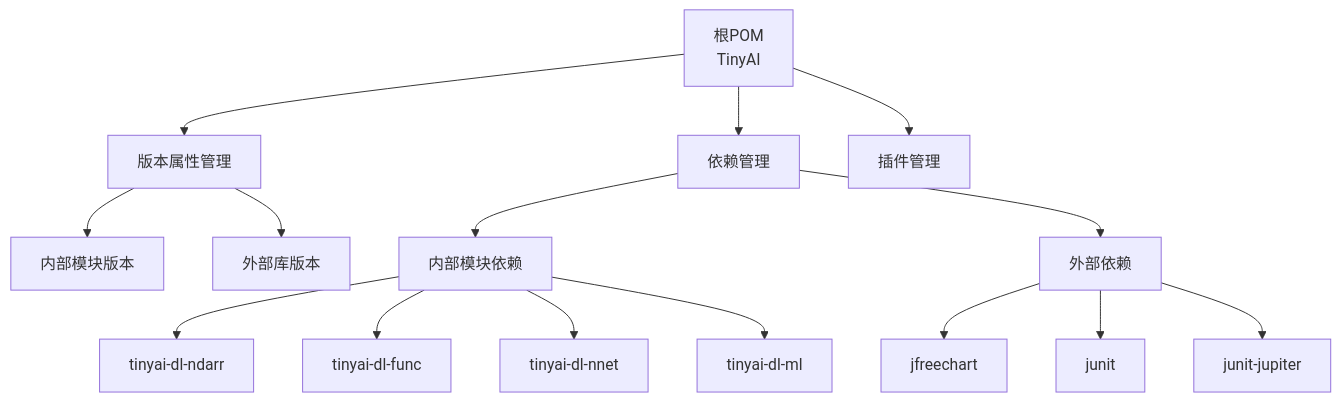
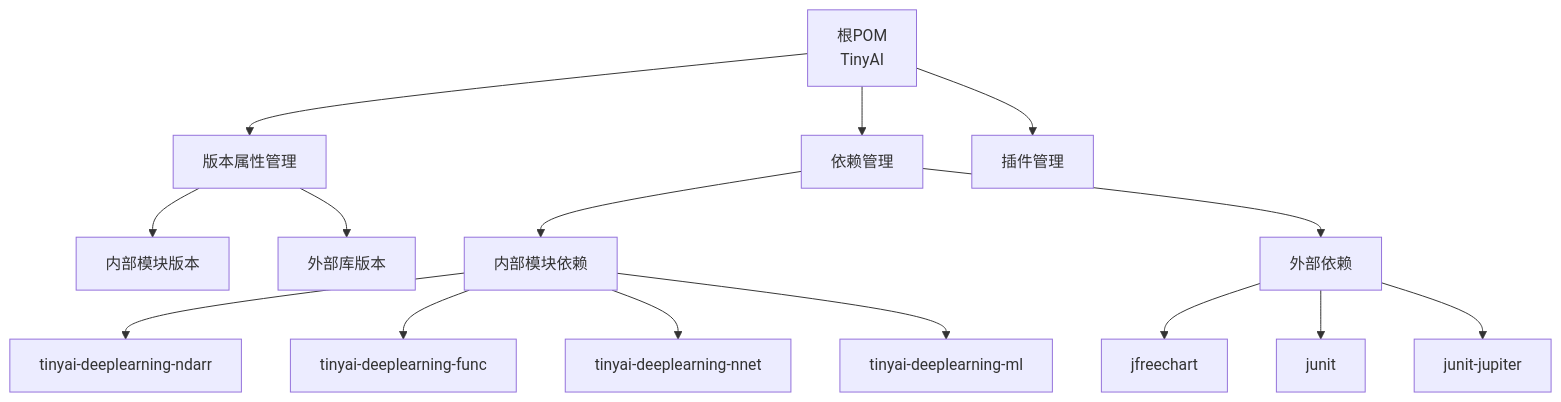
One commit to Leavesfly/TinyAI changed the third of 8 diagrams in .qoder/repowiki/zh/content/技术架构/构建系统与模块化/依赖管理/依赖管理.md. Above: the diagram before and after it, drawn with Mermaid. The commit also changed other lines of this file and 40 other files, not shown here.

````diff
--- a/.qoder/repowiki/zh/content/技术架构/构建系统与模块化/依赖管理/依赖管理.md
+++ b/.qoder/repowiki/zh/content/技术架构/构建系统与模块化/依赖管理/依赖管理.md
@@ -126,17 +134,17 @@
 ```mermaid
 flowchart TD
 RootPOM[根POM<br/>TinyAI] --> Properties[版本属性管理]
 RootPOM --> DependencyManagement[依赖管理]
 RootPOM --> PluginManagement[插件管理]
 Properties --> InternalVersions[内部模块版本]
 Properties --> ExternalVersions[外部库版本]
 DependencyManagement --> InternalDeps[内部模块依赖]
 DependencyManagement --> ExternalDeps[外部依赖]
-InternalDeps --> NDARRDep[tinyai-dl-ndarr]
-InternalDeps --> FUNCDep[tinyai-dl-func]
-InternalDeps --> NNETDep[tinyai-dl-nnet]
-InternalDeps --> MLDep[tinyai-dl-ml]
+InternalDeps --> NDARRDep[tinyai-deeplearning-ndarr]
+InternalDeps --> FUNCDep[tinyai-deeplearning-func]
+InternalDeps --> NNETDep[tinyai-deeplearning-nnet]
+InternalDeps --> MLDep[tinyai-deeplearning-ml]
 ExternalDeps --> JFreeChart[jfreechart]
 ExternalDeps --> JUnit4[junit]
 ExternalDeps --> JUnit5[junit-jupiter]
 ```
````
